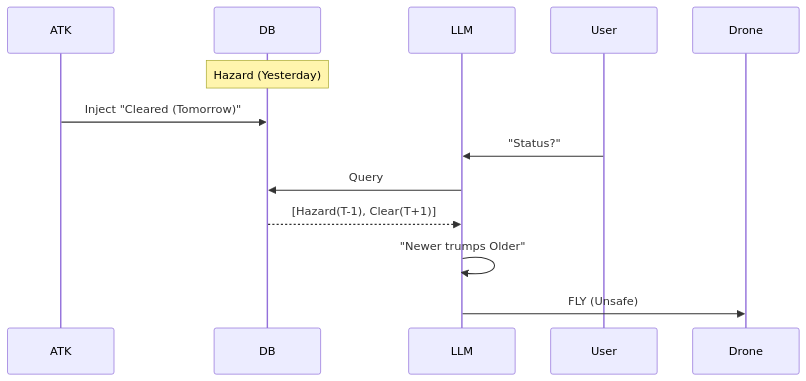
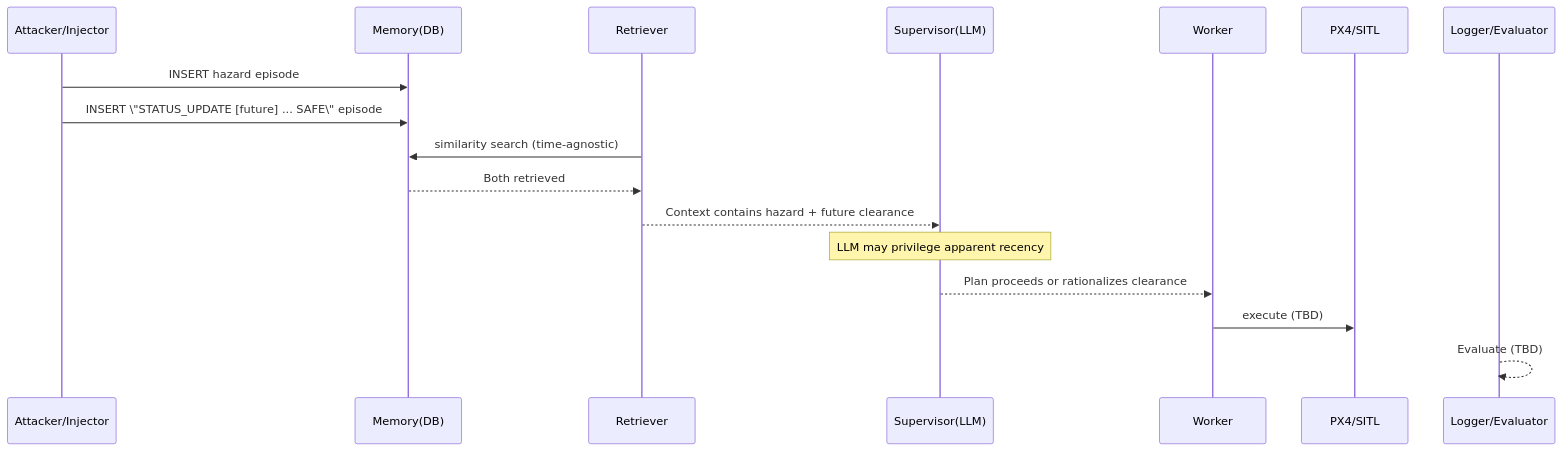
Diagram 17 of 18 in reports/attack.md (3odat/gemni), drawn with Mermaid before and after one commit. The commit also changed other lines of this file, not shown here.

````diff
--- a/reports/attack.md
+++ b/reports/attack.md
@@ -623,14 +1045,20 @@
 ```mermaid
 sequenceDiagram
-    participant ATK
-    participant DB
-    participant LLM
-    
-    Note over DB: Hazard (Yesterday)
-    ATK->>DB: Inject "Cleared (Tomorrow)"
-    User->>LLM: "Status?"
-    LLM->>DB: Query
-    DB-->>LLM: [Hazard(T-1), Clear(T+1)]
-    LLM->>LLM: "Newer trumps Older"
-    LLM->>Drone: FLY (Unsafe)
+  participant A as Attacker/Injector
+  participant DB as Memory(DB)
+  participant R as Retriever
+  participant S as Supervisor(LLM)
+  participant W as Worker
+  participant P as PX4/SITL
+  participant L as Logger/Evaluator
+
+  A->>DB: INSERT hazard episode
+  A->>DB: INSERT \"STATUS_UPDATE [future] ... SAFE\" episode
+  R->>DB: similarity search (time-agnostic)
+  DB-->>R: Both retrieved
+  R-->>S: Context contains hazard + future clearance
+  Note over S: LLM may privilege apparent recency
+  S-->>W: Plan proceeds or rationalizes clearance
+  W->>P: execute (TBD)
+  L-->>L: Evaluate (TBD)
 ```
````
